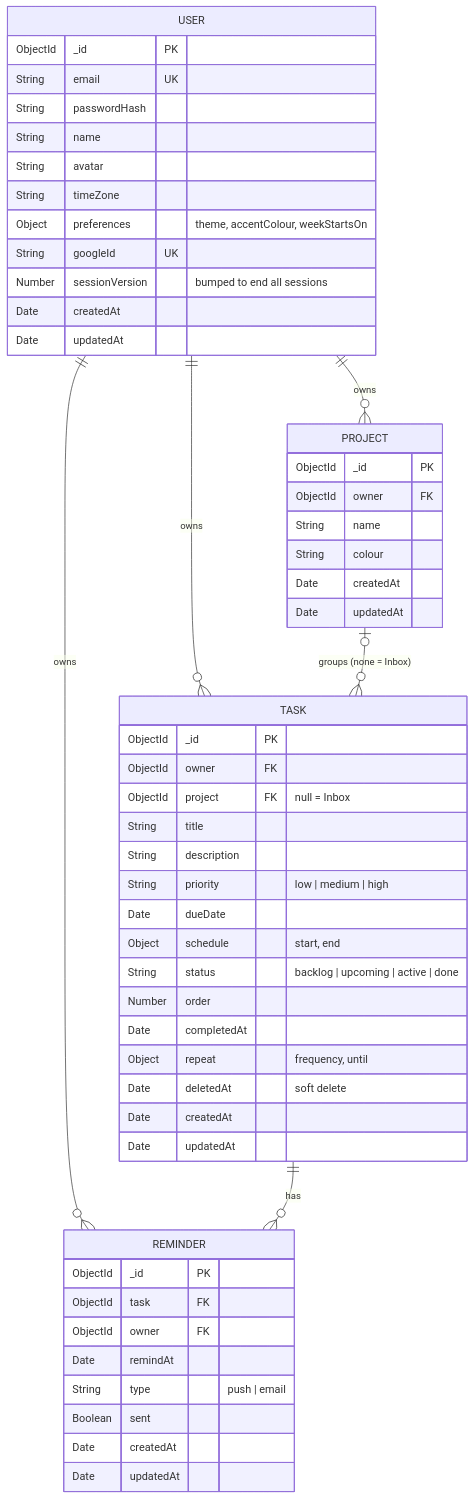
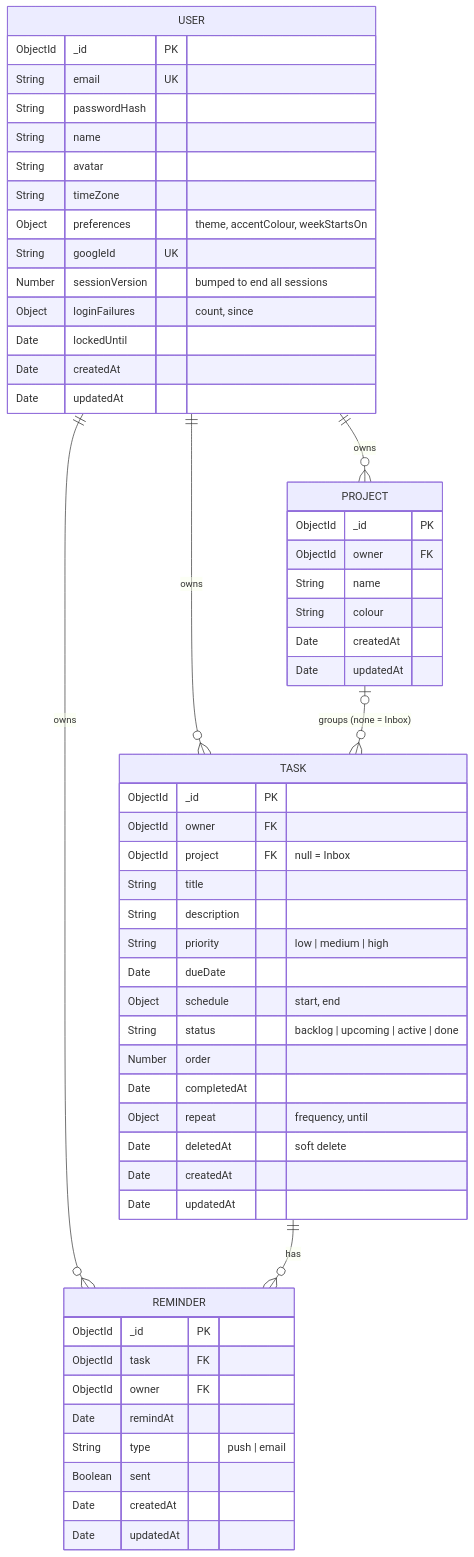
The diagram in docs/erd.mmd (khang-ngo4444/VCD_Agendal), drawn with Mermaid before and after one commit. The commit also changed 1 other file, not shown here.

```diff
--- a/docs/erd.mmd
+++ b/docs/erd.mmd
@@ -1,57 +1,59 @@
 %% Source for docs/erd.png. Re-render after editing:
 %% npx -y @mermaid-js/mermaid-cli -i docs/erd.mmd -o docs/erd.png -b white -s 2
 erDiagram
     USER ||--o{ PROJECT : owns
     USER ||--o{ TASK : owns
     USER ||--o{ REMINDER : owns
     PROJECT |o--o{ TASK : "groups (none = Inbox)"
     TASK ||--o{ REMINDER : has
 
     USER {
         ObjectId _id PK
         String email UK
         String passwordHash
         String name
         String avatar
         String timeZone
         Object preferences "theme, accentColour, weekStartsOn"
         String googleId UK
         Number sessionVersion "bumped to end all sessions"
+        Object loginFailures "count, since"
+        Date lockedUntil
         Date createdAt
         Date updatedAt
     }
     PROJECT {
         ObjectId _id PK
         ObjectId owner FK
         String name
         String colour
         Date createdAt
         Date updatedAt
     }
     TASK {
         ObjectId _id PK
         ObjectId owner FK
         ObjectId project FK "null = Inbox"
         String title
         String description
         String priority "low | medium | high"
         Date dueDate
         Object schedule "start, end"
         String status "backlog | upcoming | active | done"
         Number order
         Date completedAt
         Object repeat "frequency, until"
         Date deletedAt "soft delete"
         Date createdAt
         Date updatedAt
     }
     REMINDER {
         ObjectId _id PK
         ObjectId task FK
         ObjectId owner FK
         Date remindAt
         String type "push | email"
         Boolean sent
         Date createdAt
         Date updatedAt
     }
```
